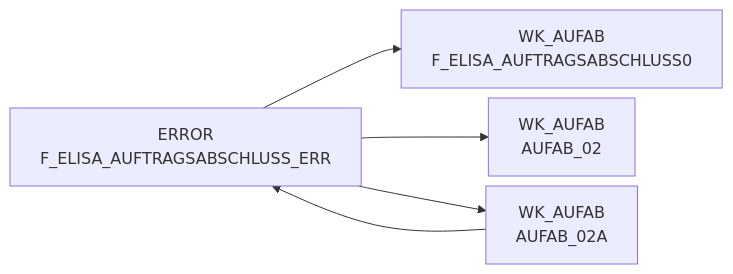
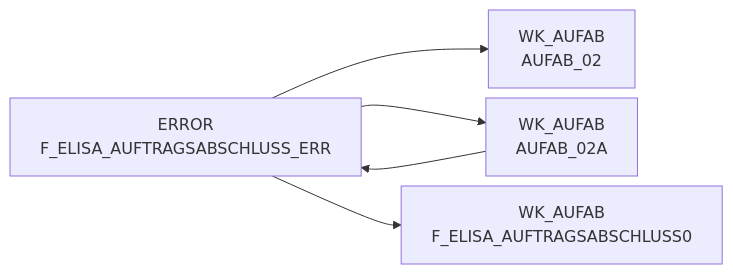
One commit to integration-factory-de/sas_code_docs changed the diagram in docs/Tables/ERROR/F_ELISA_AUFTRAGSABSCHLUSS_ERR.md. Above: the diagram before and after it, drawn with Mermaid. The commit also changed other lines of this file and 129 other files, not shown here.

````diff
--- a/docs/Tables/ERROR/F_ELISA_AUFTRAGSABSCHLUSS_ERR.md
+++ b/docs/Tables/ERROR/F_ELISA_AUFTRAGSABSCHLUSS_ERR.md
@@ -9,18 +15,18 @@
 ```mermaid
 %%{init: {'flowchart': { 'nodeSpacing': 10, 'rankSpacing': 40, 'rankdir': 'TB' }}}%%
 
 flowchart LR
 
-  ERROR.F_ELISA_AUFTRAGSABSCHLUSS_ERR["ERROR<br/>F_ELISA_AUFTRAGSABSCHLUSS_ERR"] --> WK_AUFAB.F_ELISA_AUFTRAGSABSCHLUSS0["WK_AUFAB<br/>F_ELISA_AUFTRAGSABSCHLUSS0"]
-  WK_AUFAB.AUFAB_02A["WK_AUFAB<br/>AUFAB_02A"] --> ERROR.F_ELISA_AUFTRAGSABSCHLUSS_ERR["ERROR<br/>F_ELISA_AUFTRAGSABSCHLUSS_ERR"]
   ERROR.F_ELISA_AUFTRAGSABSCHLUSS_ERR["ERROR<br/>F_ELISA_AUFTRAGSABSCHLUSS_ERR"] --> WK_AUFAB.AUFAB_02["WK_AUFAB<br/>AUFAB_02"]
   ERROR.F_ELISA_AUFTRAGSABSCHLUSS_ERR["ERROR<br/>F_ELISA_AUFTRAGSABSCHLUSS_ERR"] --> WK_AUFAB.AUFAB_02A["WK_AUFAB<br/>AUFAB_02A"]
+  WK_AUFAB.AUFAB_02A["WK_AUFAB<br/>AUFAB_02A"] --> ERROR.F_ELISA_AUFTRAGSABSCHLUSS_ERR["ERROR<br/>F_ELISA_AUFTRAGSABSCHLUSS_ERR"]
+  ERROR.F_ELISA_AUFTRAGSABSCHLUSS_ERR["ERROR<br/>F_ELISA_AUFTRAGSABSCHLUSS_ERR"] --> WK_AUFAB.F_ELISA_AUFTRAGSABSCHLUSS0["WK_AUFAB<br/>F_ELISA_AUFTRAGSABSCHLUSS0"]
+  click ERROR.F_ELISA_AUFTRAGSABSCHLUSS_ERR "../../tables/ERROR/F_ELISA_AUFTRAGSABSCHLUSS_ERR"
   click ERROR.F_ELISA_AUFTRAGSABSCHLUSS_ERR "../../tables/ERROR/F_ELISA_AUFTRAGSABSCHLUSS_ERR"
   click WK_AUFAB.AUFAB_02A "../../tables/WK_AUFAB/AUFAB_02A"
   click ERROR.F_ELISA_AUFTRAGSABSCHLUSS_ERR "../../tables/ERROR/F_ELISA_AUFTRAGSABSCHLUSS_ERR"
+  click WK_AUFAB.AUFAB_02 "../../tables/WK_AUFAB/AUFAB_02"
+  click WK_AUFAB.AUFAB_02A "../../tables/WK_AUFAB/AUFAB_02A"
   click ERROR.F_ELISA_AUFTRAGSABSCHLUSS_ERR "../../tables/ERROR/F_ELISA_AUFTRAGSABSCHLUSS_ERR"
   click WK_AUFAB.F_ELISA_AUFTRAGSABSCHLUSS0 "../../tables/WK_AUFAB/F_ELISA_AUFTRAGSABSCHLUSS0"
-  click ERROR.F_ELISA_AUFTRAGSABSCHLUSS_ERR "../../tables/ERROR/F_ELISA_AUFTRAGSABSCHLUSS_ERR"
-  click WK_AUFAB.AUFAB_02 "../../tables/WK_AUFAB/AUFAB_02"
-  click WK_AUFAB.AUFAB_02A "../../tables/WK_AUFAB/AUFAB_02A"
 ```
````
